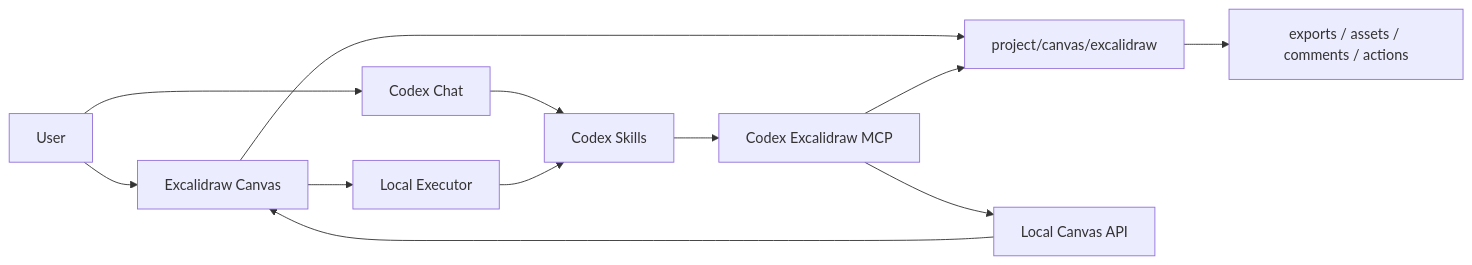
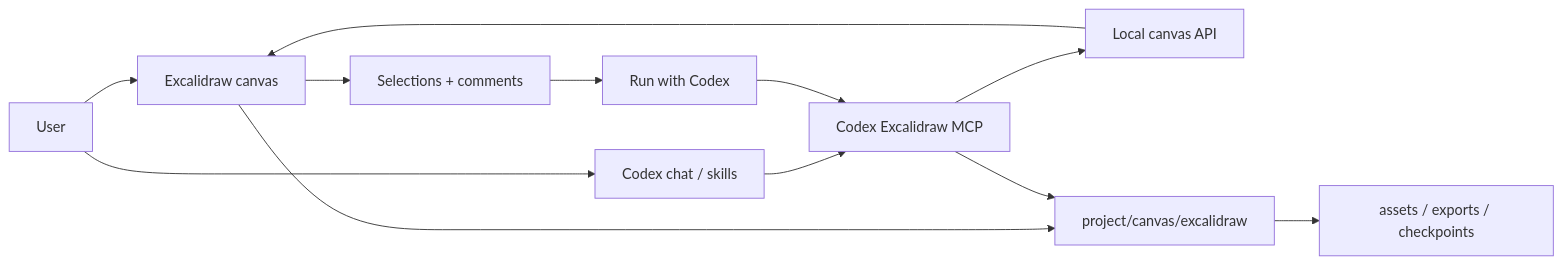
One commit to jeff-dong/codex-excalidraw changed the diagram in README.md. Above: the diagram before and after it, drawn with Mermaid. The commit also changed other lines of this file and 15 other files, not shown here.

Commit message:
Improve diagram rendering and README documentation

````diff
--- a/README.md
+++ b/README.md
@@ -64,14 +72,14 @@
 ```mermaid
 flowchart LR
-  User["User"] --> Canvas["Excalidraw Canvas"]
-  User --> Chat["Codex Chat"]
+  User["User"] --> Canvas["Excalidraw canvas"]
+  User --> Codex["Codex chat / skills"]
+  Canvas --> Comments["Selections + comments"]
+  Comments --> Executor["Run with Codex"]
+  Codex --> MCP["Codex Excalidraw MCP"]
+  Executor --> MCP
+  MCP --> API["Local canvas API"]
+  API --> Canvas
   Canvas --> Store["project/canvas/excalidraw"]
-  Chat --> Skills["Codex Skills"]
-  Skills --> MCP["Codex Excalidraw MCP"]
-  Canvas --> Executor["Local Executor"]
-  Executor --> Skills
-  MCP --> API["Local Canvas API"]
   MCP --> Store
-  API --> Canvas
-  Store --> Exports["exports / assets / comments / actions"]
+  Store --> Assets["assets / exports / checkpoints"]
 ```
````
